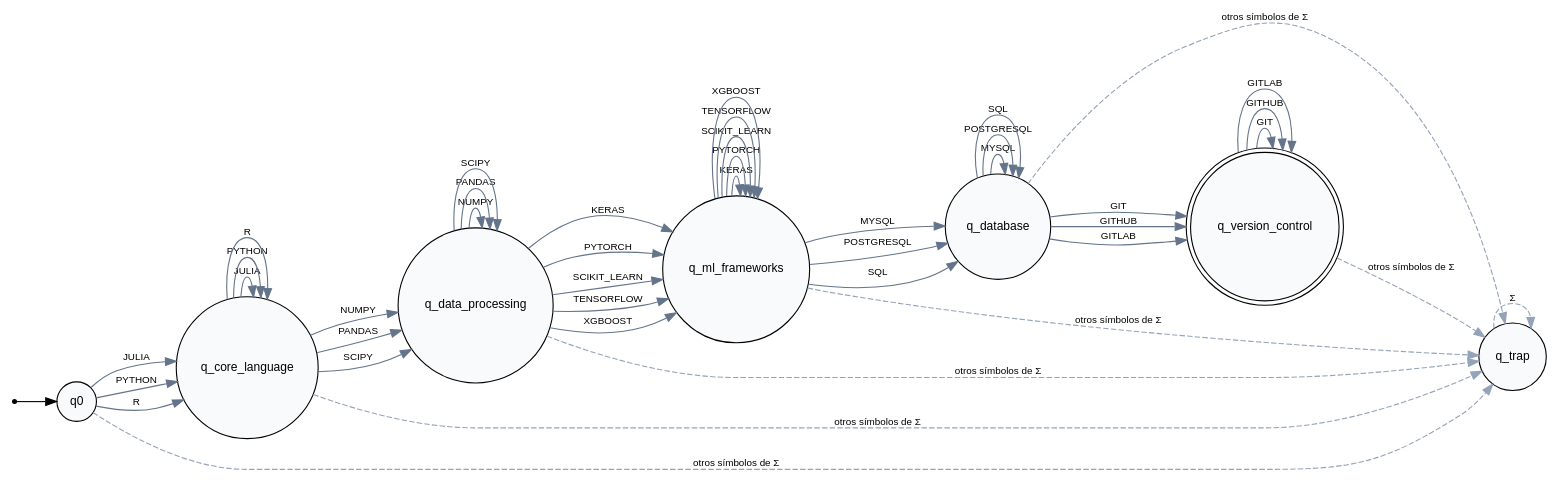
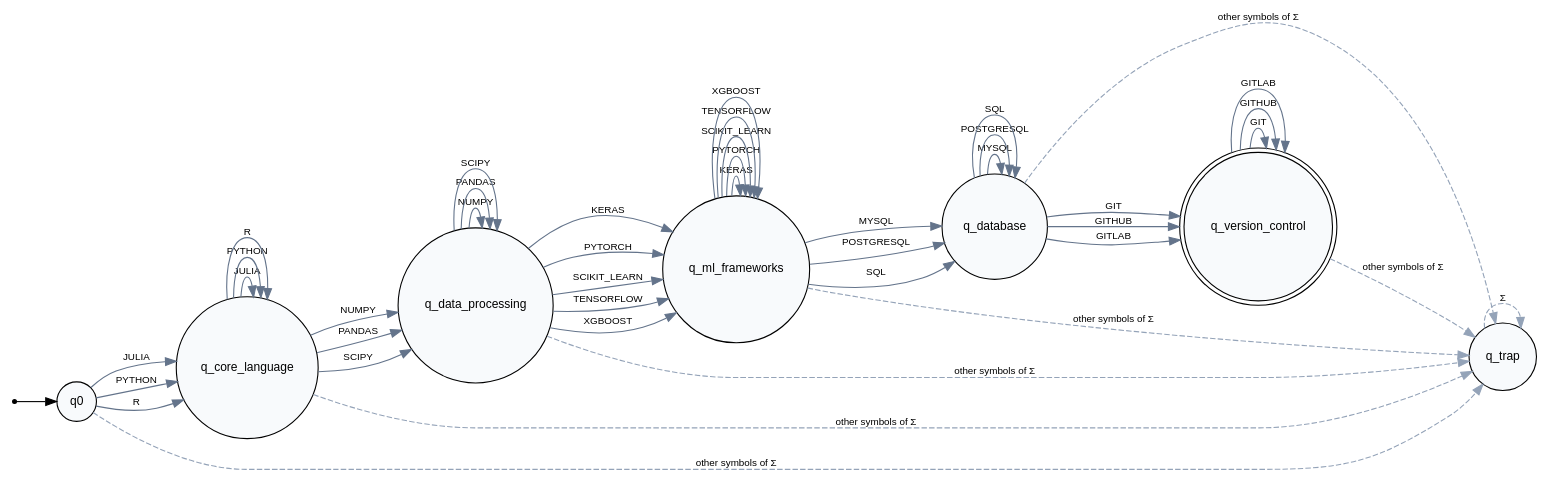
One commit to JuanJoe-18/DiscreteIII-Integrative-Task-VictorTeam changed the diagram in docs/diagrams/machine_learning.dot. Above: the diagram before and after it, drawn with Graphviz. The commit also changed 30 other files, not shown here.

```diff
--- a/docs/diagrams/machine_learning.dot
+++ b/docs/diagrams/machine_learning.dot
@@ -1,55 +1,55 @@
 digraph DFA_machine_learning {
 	rankdir=LR
 	node [fontname=Helvetica fontsize=11 style=filled]
 	edge [fontname=Helvetica fontsize=9]
 	__start [label="" shape=point]
 	__start -> q0
 	q0 [fillcolor="#f8fafc" shape=circle]
 	q_core_language [fillcolor="#f8fafc" shape=circle]
 	q_data_processing [fillcolor="#f8fafc" shape=circle]
 	q_database [fillcolor="#f8fafc" shape=circle]
 	q_ml_frameworks [fillcolor="#f8fafc" shape=circle]
 	q_trap [fillcolor="#f8fafc" shape=circle]
 	q_version_control [fillcolor="#f8fafc" shape=doublecircle]
 	q0 -> q_core_language [label=JULIA color="#64748b" penwidth=1.0]
 	q0 -> q_core_language [label=PYTHON color="#64748b" penwidth=1.0]
 	q0 -> q_core_language [label=R color="#64748b" penwidth=1.0]
 	q_core_language -> q_core_language [label=JULIA color="#64748b" penwidth=1.0]
 	q_core_language -> q_data_processing [label=NUMPY color="#64748b" penwidth=1.0]
 	q_core_language -> q_data_processing [label=PANDAS color="#64748b" penwidth=1.0]
 	q_core_language -> q_core_language [label=PYTHON color="#64748b" penwidth=1.0]
 	q_core_language -> q_core_language [label=R color="#64748b" penwidth=1.0]
 	q_core_language -> q_data_processing [label=SCIPY color="#64748b" penwidth=1.0]
 	q_data_processing -> q_ml_frameworks [label=KERAS color="#64748b" penwidth=1.0]
 	q_data_processing -> q_data_processing [label=NUMPY color="#64748b" penwidth=1.0]
 	q_data_processing -> q_data_processing [label=PANDAS color="#64748b" penwidth=1.0]
 	q_data_processing -> q_ml_frameworks [label=PYTORCH color="#64748b" penwidth=1.0]
 	q_data_processing -> q_ml_frameworks [label=SCIKIT_LEARN color="#64748b" penwidth=1.0]
 	q_data_processing -> q_data_processing [label=SCIPY color="#64748b" penwidth=1.0]
 	q_data_processing -> q_ml_frameworks [label=TENSORFLOW color="#64748b" penwidth=1.0]
 	q_data_processing -> q_ml_frameworks [label=XGBOOST color="#64748b" penwidth=1.0]
 	q_database -> q_version_control [label=GIT color="#64748b" penwidth=1.0]
 	q_database -> q_version_control [label=GITHUB color="#64748b" penwidth=1.0]
 	q_database -> q_version_control [label=GITLAB color="#64748b" penwidth=1.0]
 	q_database -> q_database [label=MYSQL color="#64748b" penwidth=1.0]
 	q_database -> q_database [label=POSTGRESQL color="#64748b" penwidth=1.0]
 	q_database -> q_database [label=SQL color="#64748b" penwidth=1.0]
 	q_ml_frameworks -> q_ml_frameworks [label=KERAS color="#64748b" penwidth=1.0]
 	q_ml_frameworks -> q_database [label=MYSQL color="#64748b" penwidth=1.0]
 	q_ml_frameworks -> q_database [label=POSTGRESQL color="#64748b" penwidth=1.0]
 	q_ml_frameworks -> q_ml_frameworks [label=PYTORCH color="#64748b" penwidth=1.0]
 	q_ml_frameworks -> q_ml_frameworks [label=SCIKIT_LEARN color="#64748b" penwidth=1.0]
 	q_ml_frameworks -> q_database [label=SQL color="#64748b" penwidth=1.0]
 	q_ml_frameworks -> q_ml_frameworks [label=TENSORFLOW color="#64748b" penwidth=1.0]
 	q_ml_frameworks -> q_ml_frameworks [label=XGBOOST color="#64748b" penwidth=1.0]
 	q_version_control -> q_version_control [label=GIT color="#64748b" penwidth=1.0]
 	q_version_control -> q_version_control [label=GITHUB color="#64748b" penwidth=1.0]
 	q_version_control -> q_version_control [label=GITLAB color="#64748b" penwidth=1.0]
-	q0 -> q_trap [label="otros símbolos de Σ" color="#94a3b8" style=dashed]
-	q_core_language -> q_trap [label="otros símbolos de Σ" color="#94a3b8" style=dashed]
-	q_data_processing -> q_trap [label="otros símbolos de Σ" color="#94a3b8" style=dashed]
-	q_database -> q_trap [label="otros símbolos de Σ" color="#94a3b8" style=dashed]
-	q_ml_frameworks -> q_trap [label="otros símbolos de Σ" color="#94a3b8" style=dashed]
+	q0 -> q_trap [label="other symbols of Σ" color="#94a3b8" style=dashed]
+	q_core_language -> q_trap [label="other symbols of Σ" color="#94a3b8" style=dashed]
+	q_data_processing -> q_trap [label="other symbols of Σ" color="#94a3b8" style=dashed]
+	q_database -> q_trap [label="other symbols of Σ" color="#94a3b8" style=dashed]
+	q_ml_frameworks -> q_trap [label="other symbols of Σ" color="#94a3b8" style=dashed]
 	q_trap -> q_trap [label="Σ" color="#94a3b8" style=dashed]
-	q_version_control -> q_trap [label="otros símbolos de Σ" color="#94a3b8" style=dashed]
+	q_version_control -> q_trap [label="other symbols of Σ" color="#94a3b8" style=dashed]
 }
```
